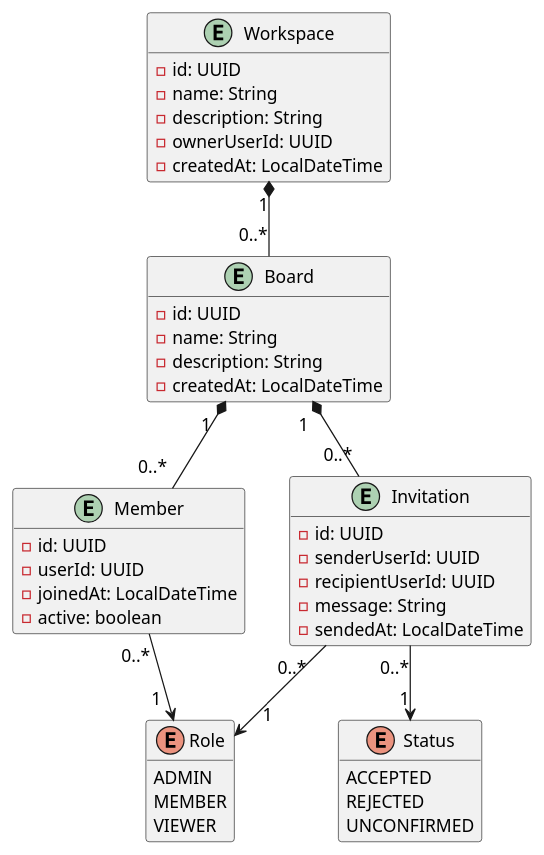
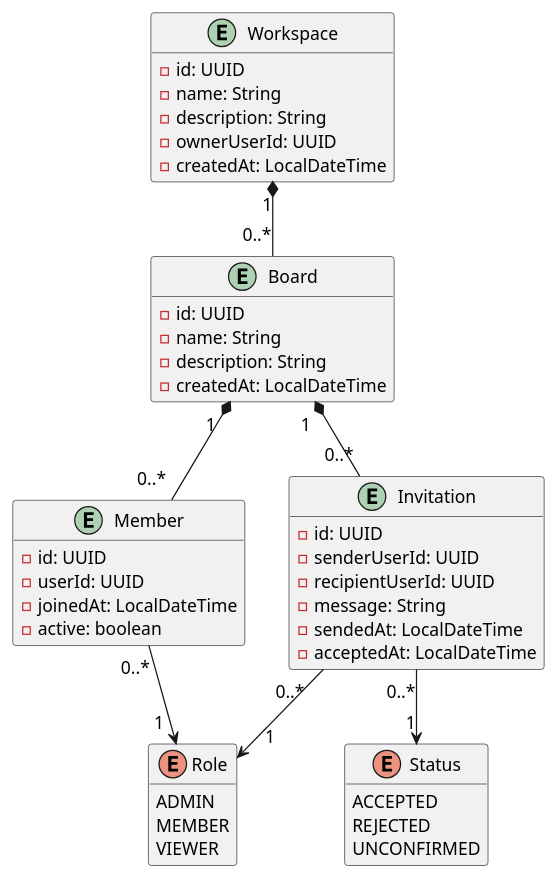
The diagram in assets/Project_diagram.puml (ArmandoEnrique1010K/TrelloMicroservices), drawn with PlantUML before and after one commit. The commit also changed 10 other files, not shown here.

```diff
--- a/assets/Project_diagram.puml
+++ b/assets/Project_diagram.puml
@@ -1,54 +1,55 @@
 @startuml Project
 hide methods
 skinparam ArrowFontSize 14
 
 entity Workspace {
     - id: UUID
     - name: String
     - description: String
     - ownerUserId: UUID
     - createdAt: LocalDateTime
 }
 
 entity Board {
     - id: UUID
     - name: String
     - description: String
     - createdAt: LocalDateTime
 }
 
 entity Invitation {
     - id: UUID
     - senderUserId: UUID
     - recipientUserId: UUID
     - message: String
     - sendedAt: LocalDateTime
+    - acceptedAt: LocalDateTime
 }
 
 entity Member {
     - id: UUID
     - userId: UUID
     - joinedAt: LocalDateTime
     - active: boolean
 }
 
 enum Role {
     ADMIN
     MEMBER
     VIEWER
 }
 
 enum Status {
     ACCEPTED
     REJECTED
     UNCONFIRMED
 }
 
 Workspace "1" *-- "0..*" Board
 Board " 1  " *-- "0..*  " Member
 Board "1  " *-- "0..*" Invitation
 Member "0..*" --> "1  " Role
 Invitation "0..*  " --> "    1" Role
 Invitation "0..*" --> "1" Status
 
 @enduml
```
